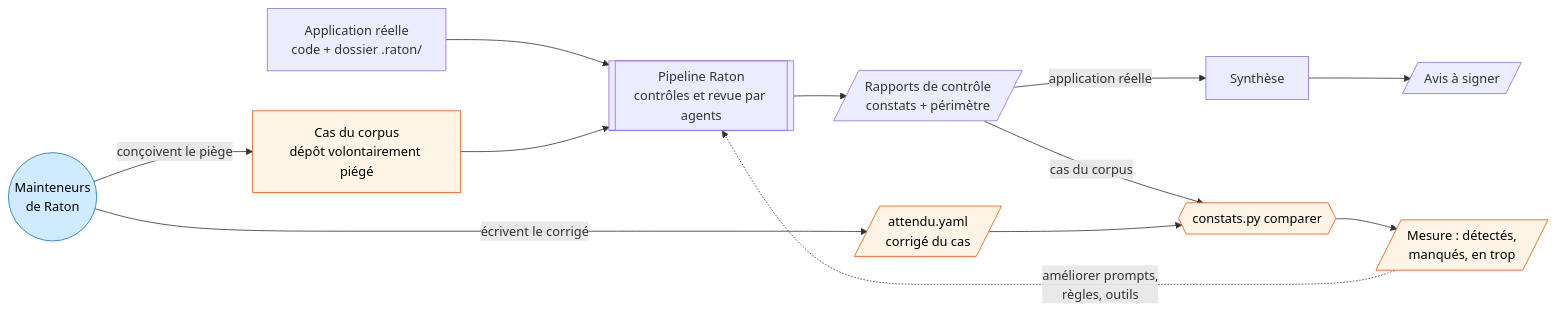
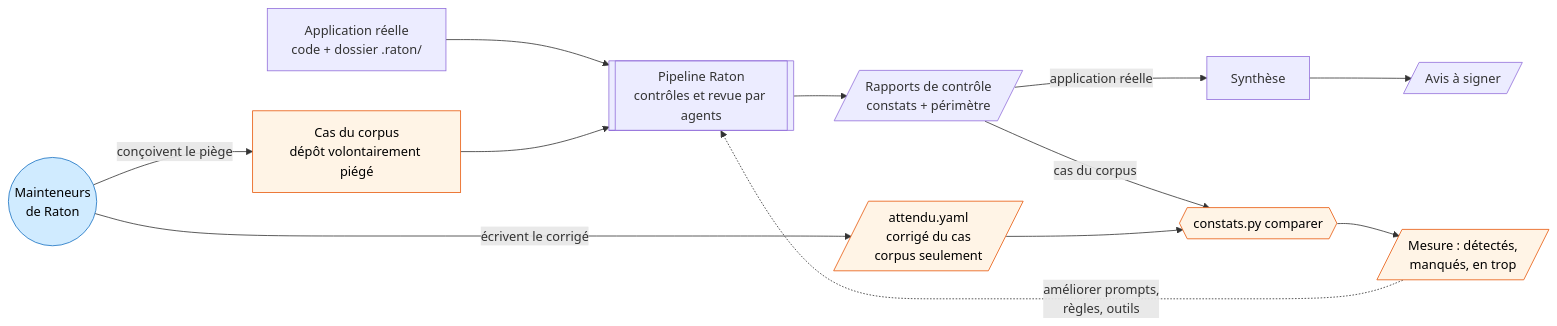
One commit to Jul0ow/Raton changed the first of 5 diagrams in docs/architecture.md. Above: the diagram before and after it, drawn with Mermaid. The commit also changed other lines of this file and 6 other files, not shown here.

````diff
--- a/docs/architecture.md
+++ b/docs/architecture.md
@@ -15,21 +15,21 @@
 ```mermaid
 flowchart LR
   APP["Application réelle<br/>code + dossier .raton/"] --> PIPE
   CAS["Cas du corpus<br/>dépôt volontairement piégé"] --> PIPE
   PIPE[["Pipeline Raton<br/>contrôles et revue par agents"]] --> RAP[/"Rapports de contrôle<br/>constats + périmètre"/]
 
   RAP -->|"application réelle"| SYN["Synthèse"] --> AVIS[/"Avis à signer"/]
 
   RAP -->|"cas du corpus"| CMP{{"constats.py comparer"}}
-  ATT[/"attendu.yaml<br/>corrigé du cas"/] --> CMP
+  ATT[/"attendu.yaml<br/>corrigé du cas<br/>corpus seulement"/] --> CMP
   CMP --> MES[/"Mesure : détectés,<br/>manqués, en trop"/]
   MES -.->|"améliorer prompts,<br/>règles, outils"| PIPE
 
   MAINT(("Mainteneurs<br/>de Raton")) -->|"conçoivent le piège"| CAS
   MAINT -->|"écrivent le corrigé"| ATT
 
   classDef humain fill:#d0ebff,stroke:#1971c2,color:#000
   classDef corpus fill:#fff4e6,stroke:#e8590c,color:#000
   class MAINT humain
   class CAS,ATT,CMP,MES corpus
 ```
````
